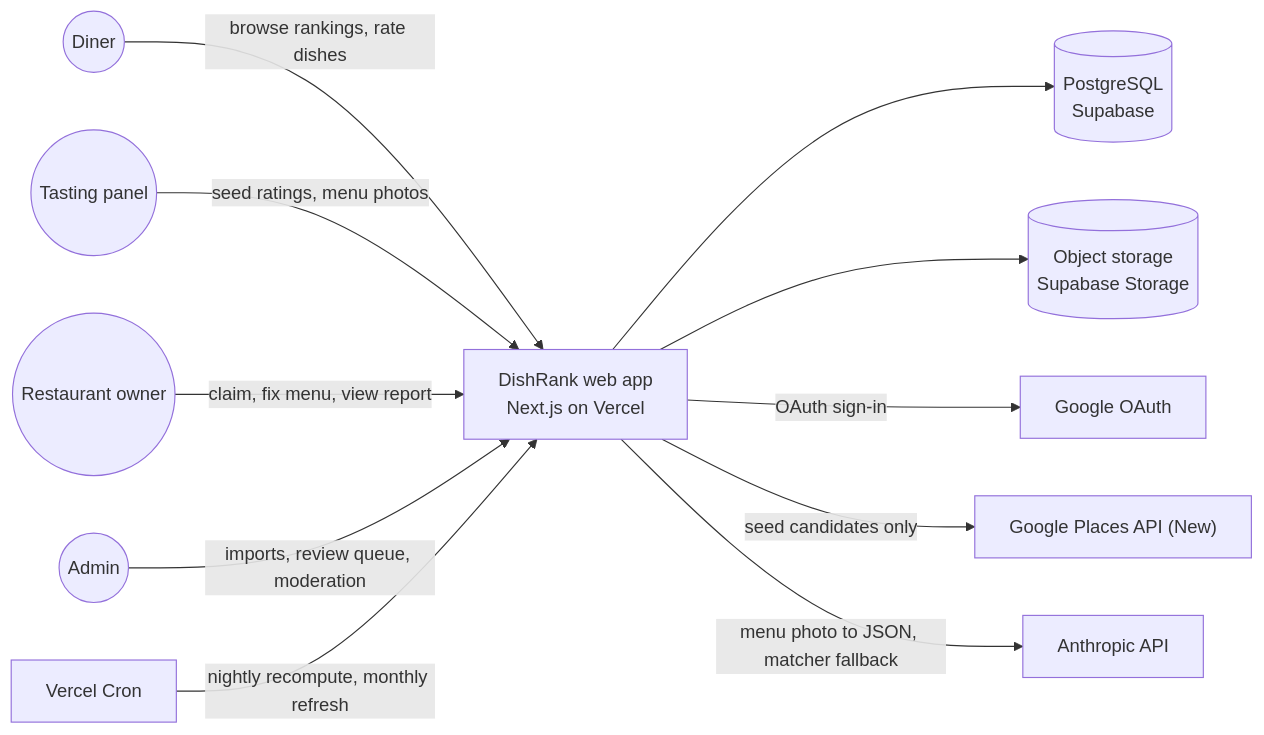
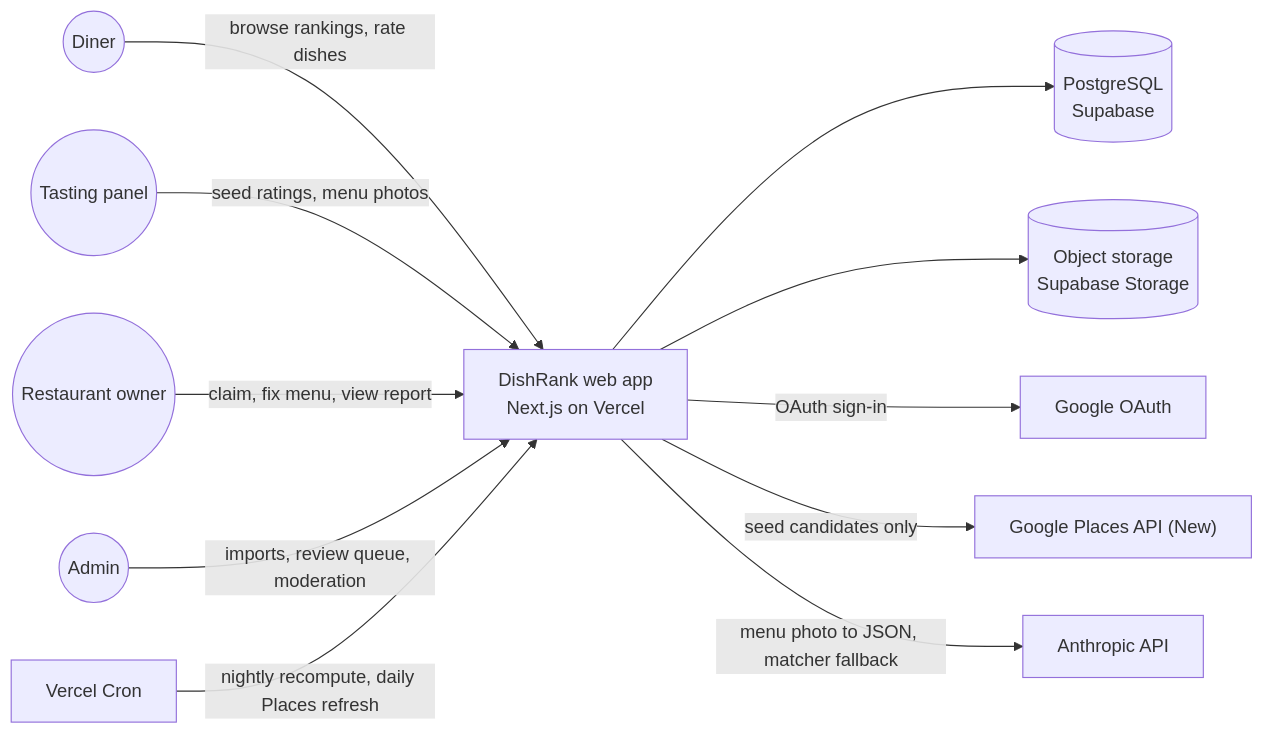
One commit to JawadSarfraz/dishrank changed the diagram in docs/diagrams/system-context.mmd. Above: the diagram before and after it, drawn with Mermaid. The commit also changed 12 other files, not shown here.

```diff
--- a/docs/diagrams/system-context.mmd
+++ b/docs/diagrams/system-context.mmd
@@ -1,11 +1,11 @@
 flowchart LR
   Diner((Diner)) -->|browse rankings, rate dishes| App["DishRank web app<br/>Next.js on Vercel"]
   Panel((Tasting panel)) -->|seed ratings, menu photos| App
   Owner((Restaurant owner)) -->|claim, fix menu, view report| App
   Admin((Admin)) -->|imports, review queue, moderation| App
   App --> DB[("PostgreSQL<br/>Supabase")]
   App --> Store[("Object storage<br/>Supabase Storage")]
   App -->|OAuth sign-in| GAuth["Google OAuth"]
   App -->|seed candidates only| Places["Google Places API (New)"]
   App -->|menu photo to JSON, matcher fallback| LLM["Anthropic API"]
-  Cron["Vercel Cron"] -->|nightly recompute, monthly refresh| App
+  Cron["Vercel Cron"] -->|nightly recompute, daily Places refresh| App
```
